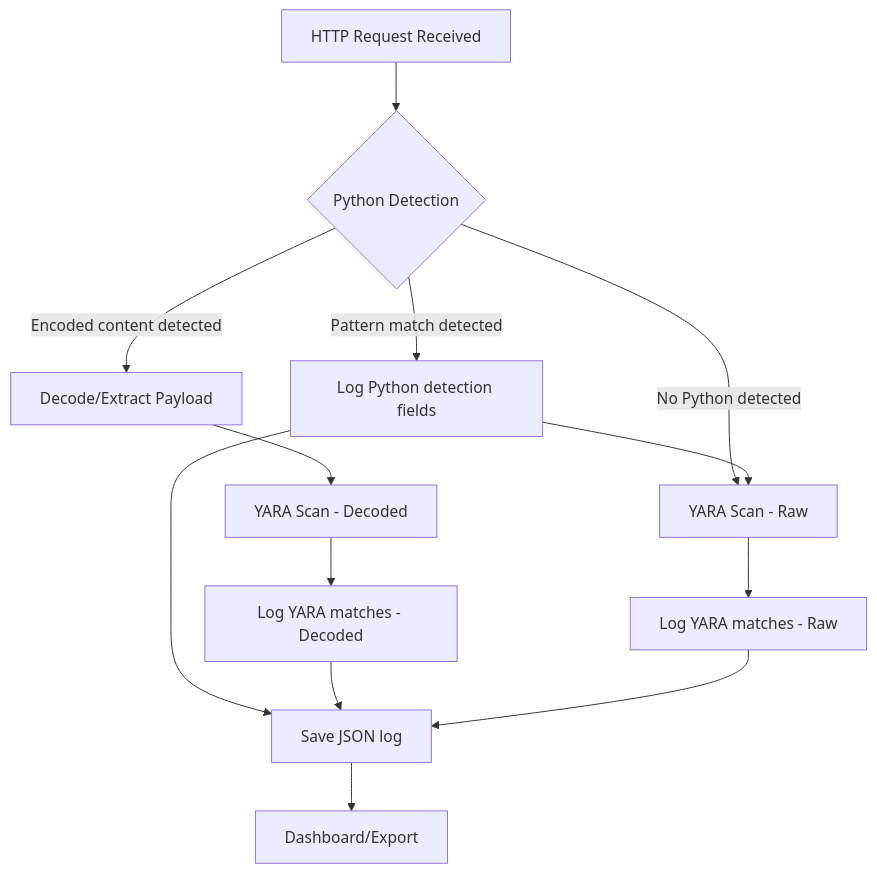
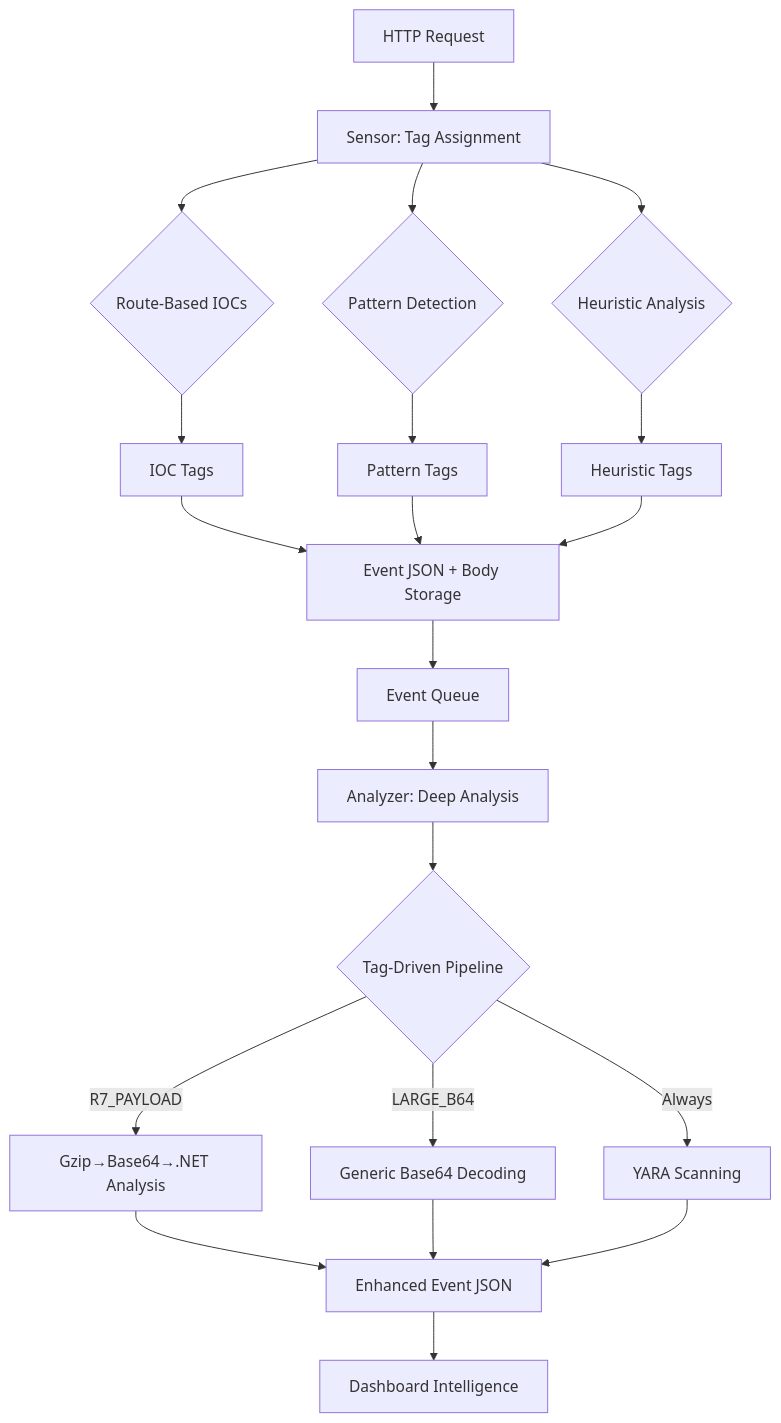
Before and after one commit to bitsalv/ToolShell-Honeypot: the diagram in README.md, drawn with Mermaid. The commit also changed other lines of this file and 4 other files, not shown here.

````diff
--- a/README.md
+++ b/README.md
@@ -35,15 +57,23 @@
 ```mermaid
 flowchart TD
-    A[HTTP Request Received] --> B{Python Detection}
-    B -->|Pattern match detected| C[Log Python detection fields]
-    B -->|Encoded content detected| D[Decode/Extract Payload]
-    B -->|No Python detected| F[YARA Scan - Raw]
-    D --> E[YARA Scan - Decoded]
-    C --> F[YARA Scan - Raw]
-    E --> G[Log YARA matches - Decoded]
-    F --> H[Log YARA matches - Raw]
-    C --> I[Save JSON log]
+    A[HTTP Request] --> B[Sensor: Tag Assignment]
+    B --> C{Route-Based IOCs}
+    B --> D{Pattern Detection}  
+    B --> E{Heuristic Analysis}
+    C --> F[IOC Tags]
+    D --> G[Pattern Tags]
+    E --> H[Heuristic Tags]
+    F --> I[Event JSON + Body Storage]
     G --> I
     H --> I
-    I --> J[Dashboard/Export]
+    I --> J[Event Queue]
+    J --> K[Analyzer: Deep Analysis]
+    K --> L{Tag-Driven Pipeline}
+    L -->|R7_PAYLOAD| M[Gzip→Base64→.NET Analysis]
+    L -->|LARGE_B64| N[Generic Base64 Decoding]
+    L -->|Always| O[YARA Scanning]
+    M --> P[Enhanced Event JSON]
+    N --> P
+    O --> P
+    P --> Q[Dashboard Intelligence]
 ```
````
